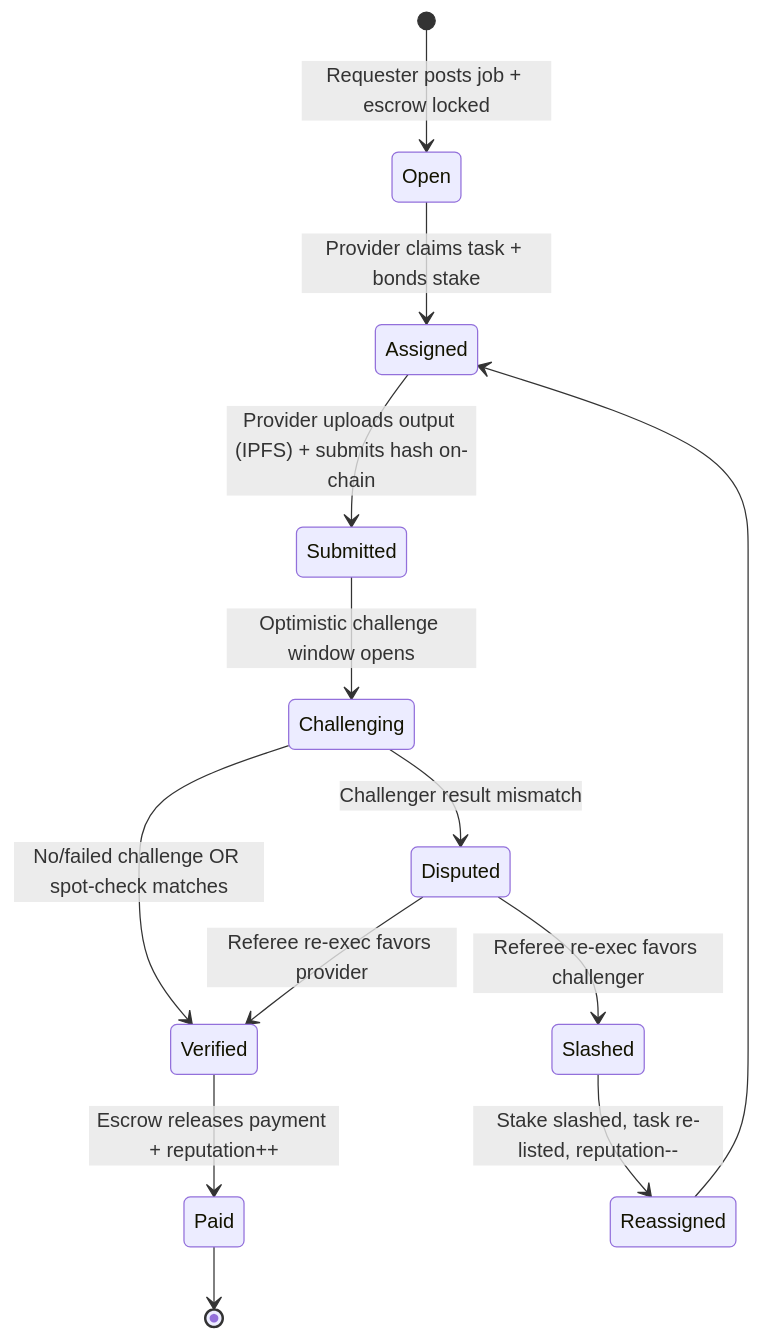
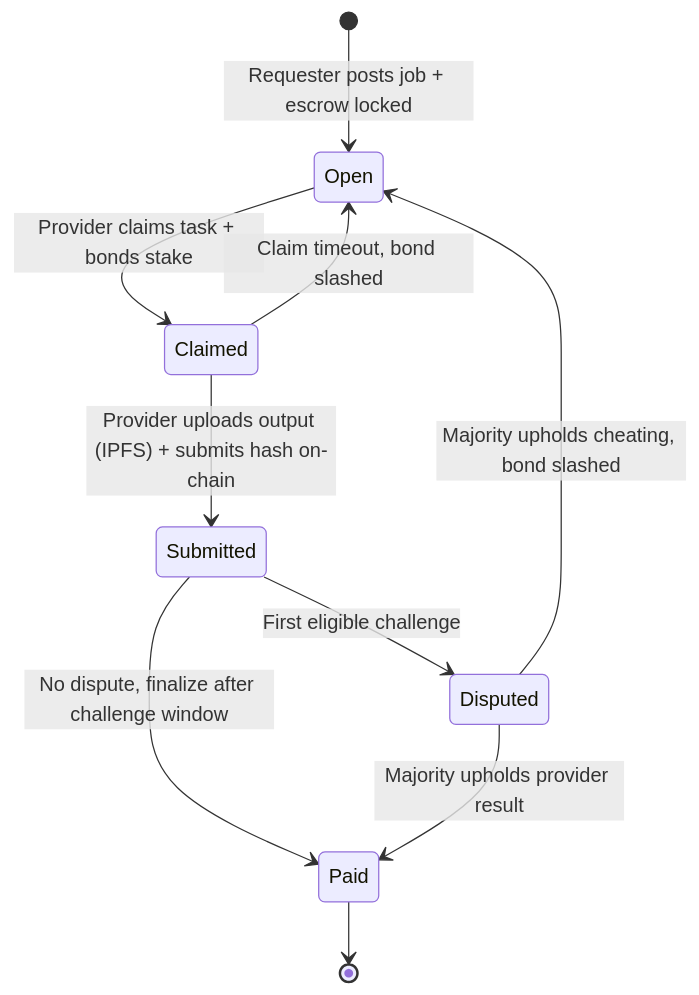
The second of 4 diagrams in docs/ShaderMesh-Review1-Proposal.md (0xPixelNinja/ShaderMesh), drawn with Mermaid before and after one commit. The commit also changed other lines of this file and 12 other files, not shown here.

````diff
--- a/docs/ShaderMesh-Review1-Proposal.md
+++ b/docs/ShaderMesh-Review1-Proposal.md
@@ -259,15 +264,12 @@
 ```mermaid
 stateDiagram-v2
     [*] --> Open: Requester posts job + escrow locked
-    Open --> Assigned: Provider claims task + bonds stake
-    Assigned --> Submitted: Provider uploads output (IPFS) + submits hash on-chain
-    Submitted --> Challenging: Optimistic challenge window opens
-    Challenging --> Verified: No/failed challenge OR spot-check matches
-    Challenging --> Disputed: Challenger result mismatch
-    Disputed --> Verified: Referee re-exec favors provider
-    Disputed --> Slashed: Referee re-exec favors challenger
-    Verified --> Paid: Escrow releases payment + reputation++
-    Slashed --> Reassigned: Stake slashed, task re-listed, reputation--
-    Reassigned --> Assigned
+    Open --> Claimed: Provider claims task + bonds stake
+    Claimed --> Submitted: Provider uploads output (IPFS) + submits hash on-chain
+    Claimed --> Open: Claim timeout, bond slashed
+    Submitted --> Paid: No dispute, finalize after challenge window
+    Submitted --> Disputed: First eligible challenge
+    Disputed --> Paid: Majority upholds provider result
+    Disputed --> Open: Majority upholds cheating, bond slashed
     Paid --> [*]
 ```
````
